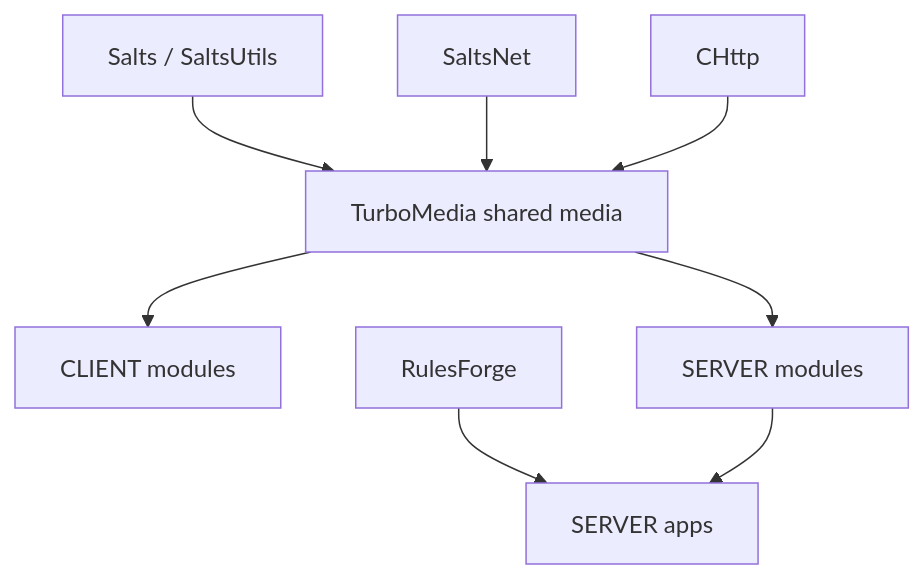
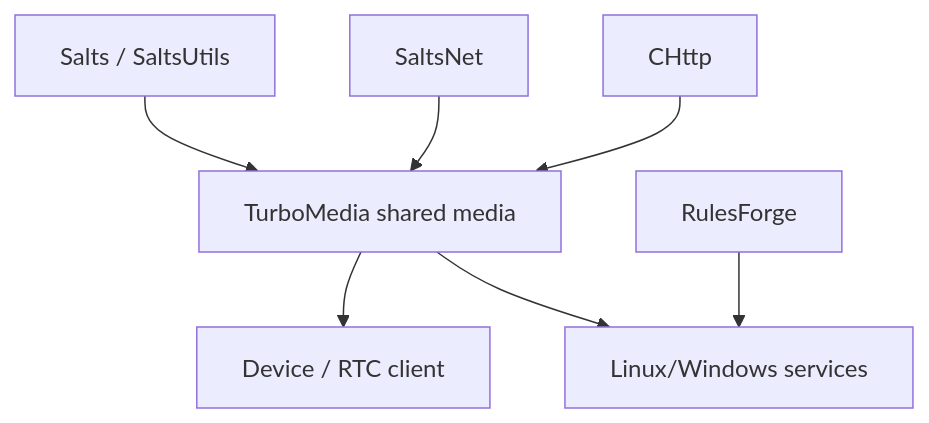
The sixth of 6 diagrams in ARCHITECTURE.md (qigao/turbomedia), drawn with Mermaid before and after one commit. The commit also changed other lines of this file and 25 other files, not shown here.

````diff
--- a/ARCHITECTURE.md
+++ b/ARCHITECTURE.md
@@ -389,19 +255,17 @@
 ```mermaid
 flowchart TB
   Salts["Salts / SaltsUtils"]
   SaltsNet["SaltsNet"]
   CHttp["CHttp"]
+  Rules["RulesForge"]
   Media["TurboMedia shared media"]
-  Client["CLIENT modules"]
-  Server["SERVER modules"]
-  Apps["SERVER apps"]
-  Rules["RulesForge"]
+  Device["Device / RTC client"]
+  Desktop["Linux/Windows services"]
 
   Salts --> Media
   SaltsNet --> Media
   CHttp --> Media
-  Media --> Client
-  Media --> Server
-  Rules --> Apps
-  Server --> Apps
+  Media --> Device
+  Media --> Desktop
+  Rules --> Desktop
 ```
````
